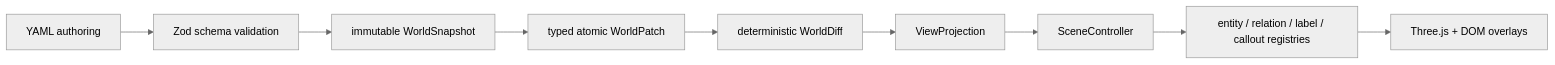
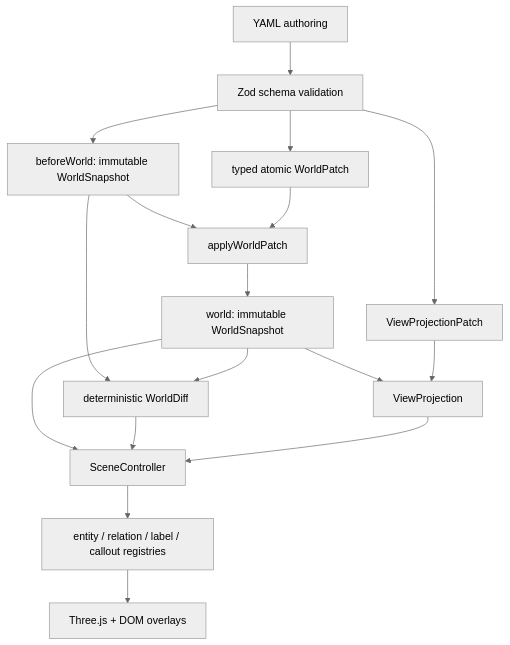
The diagram in docs/architecture.md (TANGBUDU/kubemotion-3d), drawn with Mermaid (neutral theme) before and after one commit. The commit also changed 2 other files, not shown here.

Commit message:
test: tighten renderer stress gate

````diff
--- a/docs/architecture.md
+++ b/docs/architecture.md
@@ -3,11 +3,19 @@
 ```mermaid
-flowchart LR
+flowchart TD
   Authoring["YAML authoring"] --> Schema["Zod schema validation"]
-  Schema --> Snapshot["immutable WorldSnapshot"]
-  Snapshot --> Patch["typed atomic WorldPatch"]
-  Patch --> Diff["deterministic WorldDiff"]
-  Diff --> View["ViewProjection"]
-  View --> Scene["SceneController"]
+  Schema --> Before["beforeWorld: immutable WorldSnapshot"]
+  Schema --> Patch["typed atomic WorldPatch"]
+  Before --> Apply["applyWorldPatch"]
+  Patch --> Apply
+  Apply --> World["world: immutable WorldSnapshot"]
+  Before --> Diff["deterministic WorldDiff"]
+  World --> Diff
+  Schema --> ViewPatch["ViewProjectionPatch"]
+  World --> View["ViewProjection"]
+  ViewPatch --> View
+  World --> Scene["SceneController"]
+  Diff --> Scene
+  View --> Scene
   Scene --> Registries["entity / relation / label / callout registries"]
   Registries --> Three["Three.js + DOM overlays"]
 ```
````
